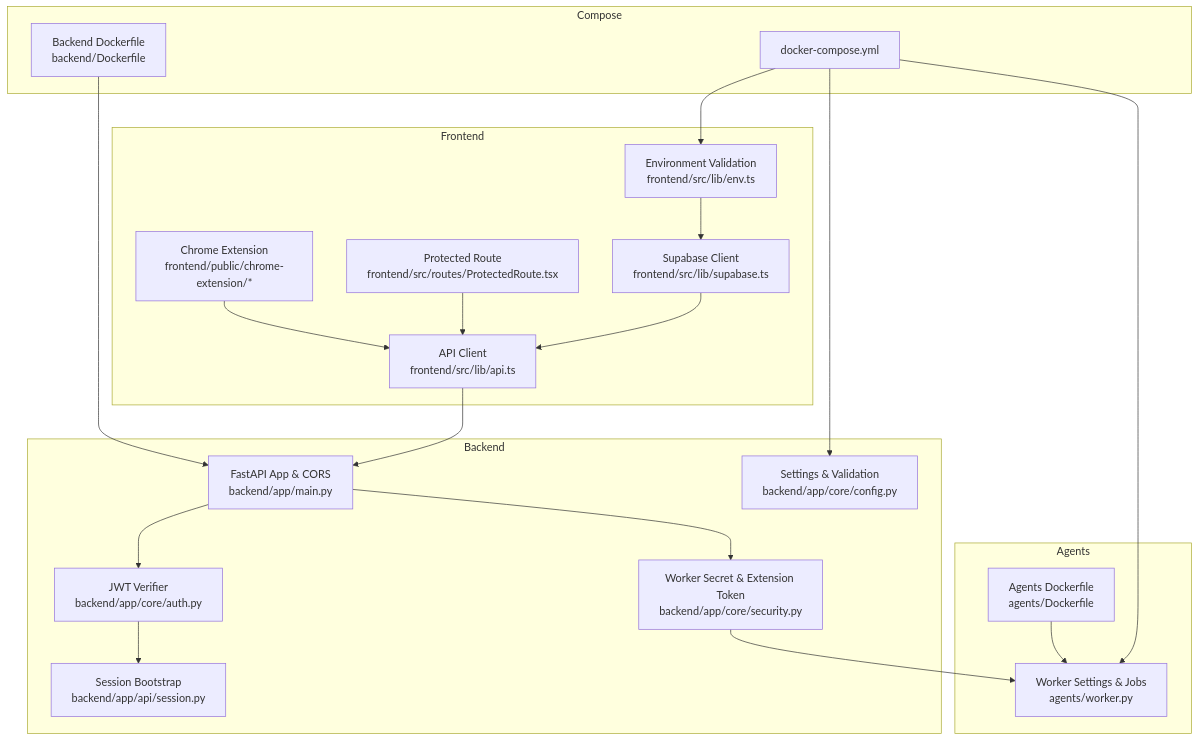
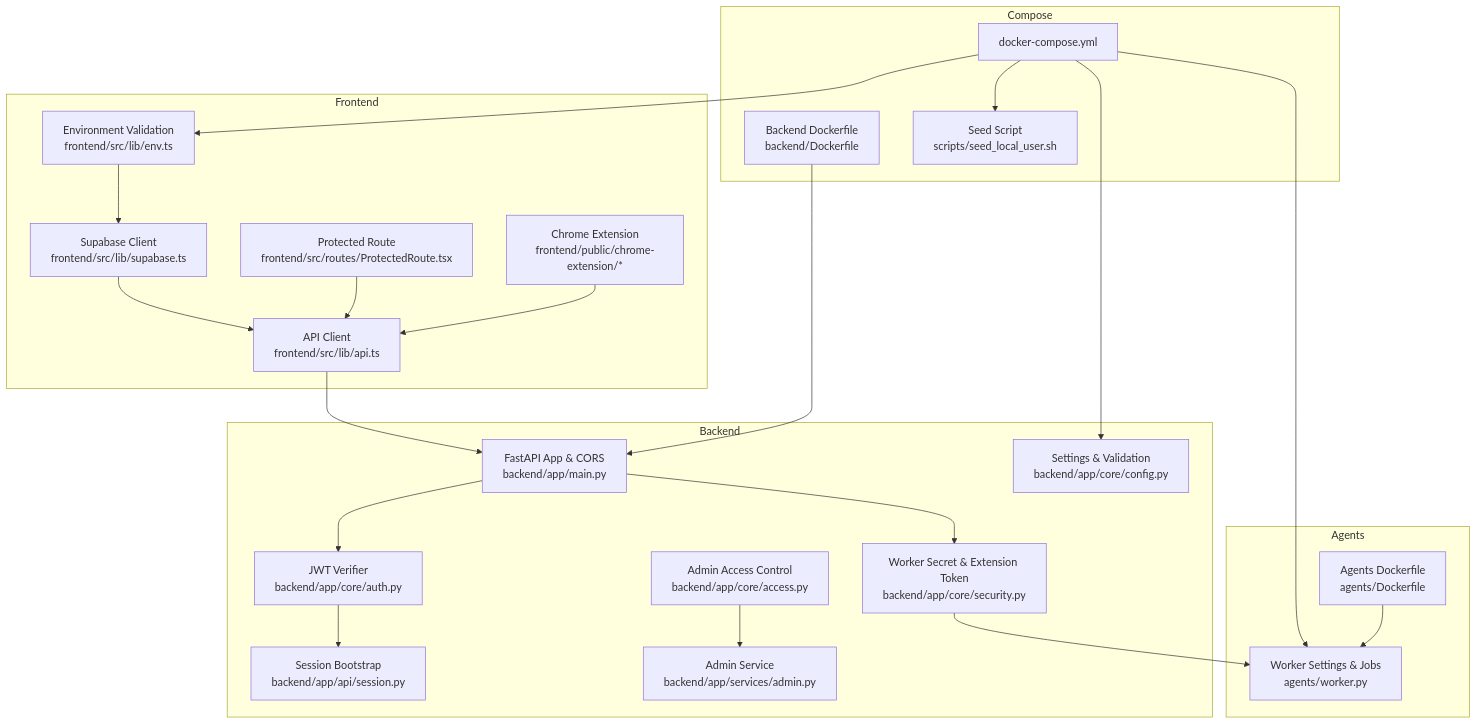
One commit to sankaL/resume-app changed the first of 7 diagrams in .qoder/repowiki/en/content/Configuration and Environment/Configuration and Environment.md. Above: the diagram before and after it, drawn with Mermaid. The commit also changed other lines of this file and 11 other files, not shown here.

````diff
--- a/.qoder/repowiki/en/content/Configuration and Environment/Configuration and Environment.md
+++ b/.qoder/repowiki/en/content/Configuration and Environment/Configuration and Environment.md
@@ -52,39 +63,44 @@
 ```mermaid
 graph TB
 subgraph "Frontend"
 FE_Env["Environment Validation<br/>frontend/src/lib/env.ts"]
 FE_Supa["Supabase Client<br/>frontend/src/lib/supabase.ts"]
 FE_Route["Protected Route<br/>frontend/src/routes/ProtectedRoute.tsx"]
 FE_API["API Client<br/>frontend/src/lib/api.ts"]
 FE_Ext["Chrome Extension<br/>frontend/public/chrome-extension/*"]
 end
 subgraph "Backend"
 BE_Main["FastAPI App & CORS<br/>backend/app/main.py"]
 BE_Config["Settings & Validation<br/>backend/app/core/config.py"]
 BE_Auth["JWT Verifier<br/>backend/app/core/auth.py"]
 BE_Sec["Worker Secret & Extension Token<br/>backend/app/core/security.py"]
+BE_Access["Admin Access Control<br/>backend/app/core/access.py"]
 BE_Session["Session Bootstrap<br/>backend/app/api/session.py"]
+BE_Admin["Admin Service<br/>backend/app/services/admin.py"]
 end
 subgraph "Agents"
 AG_Worker["Worker Settings & Jobs<br/>agents/worker.py"]
 AG_Docker["Agents Dockerfile<br/>agents/Dockerfile"]
 end
 subgraph "Compose"
 DC["docker-compose.yml"]
 BE_Docker["Backend Dockerfile<br/>backend/Dockerfile"]
+SEED["Seed Script<br/>scripts/seed_local_user.sh"]
 end
 FE_Env --> FE_Supa
 FE_Supa --> FE_API
 FE_Route --> FE_API
 FE_API --> BE_Main
 FE_Ext --> FE_API
 BE_Main --> BE_Auth
 BE_Main --> BE_Sec
 BE_Auth --> BE_Session
 BE_Sec --> AG_Worker
+BE_Access --> BE_Admin
 DC --> FE_Env
 DC --> BE_Config
 DC --> AG_Worker
+DC --> SEED
 BE_Docker --> BE_Main
 AG_Docker --> AG_Worker
 ```
````
